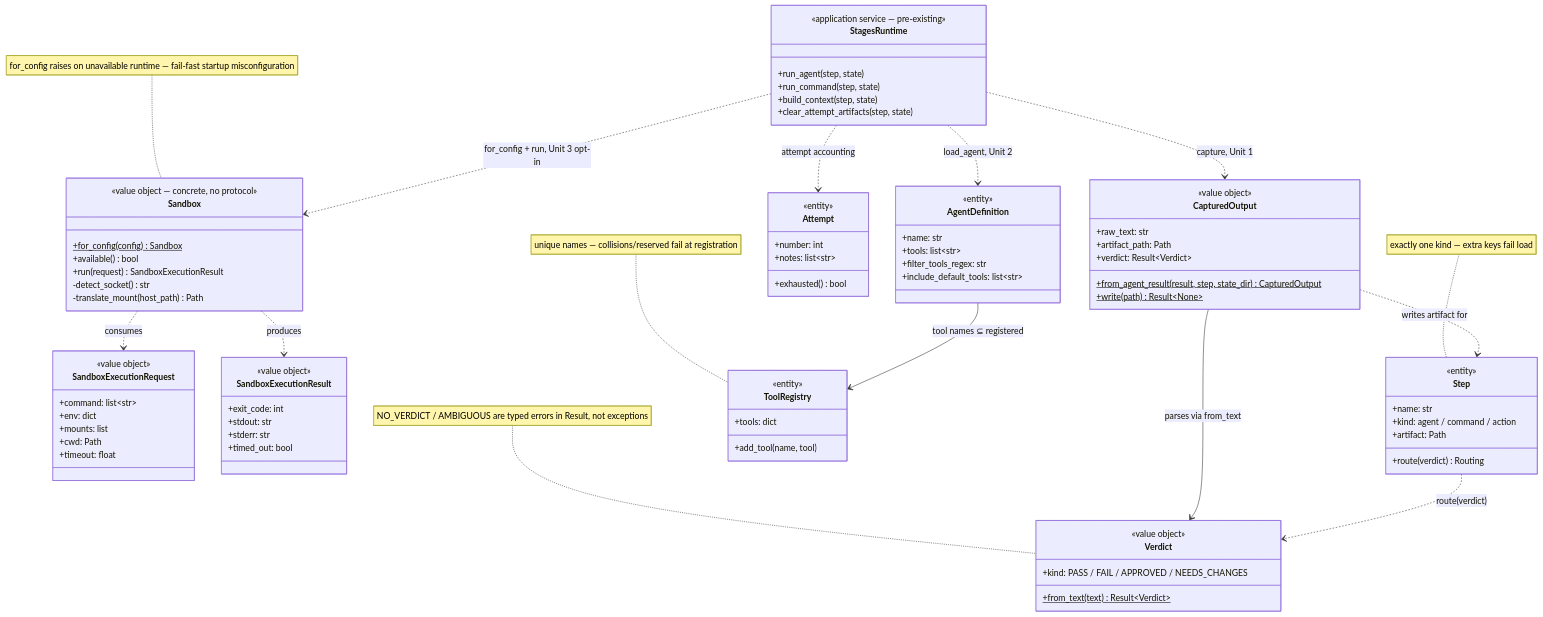
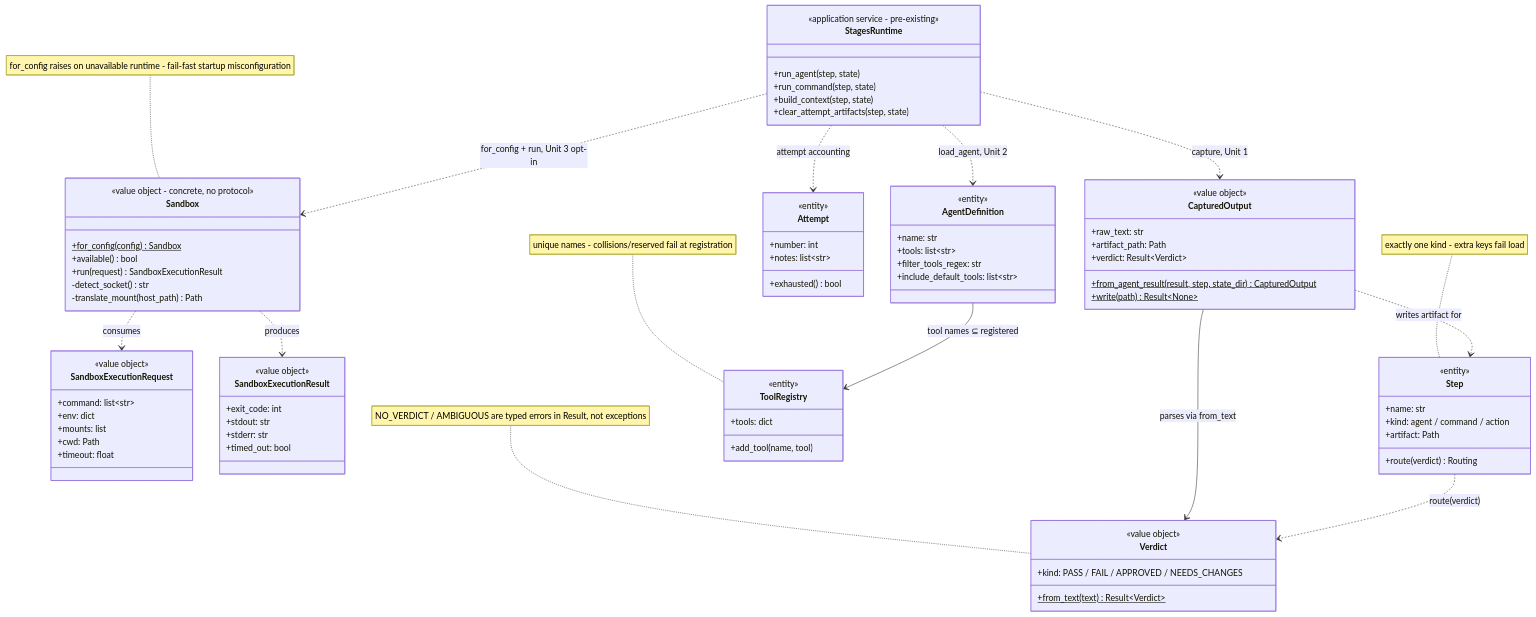
One commit to lukedawilson/agent-engine changed the diagram in aidlc-docs/inception/application-design/application-design.md. Above: the diagram before and after it, drawn with Mermaid. The commit also changed other lines of this file and 191 other files, not shown here.

````diff
--- a/aidlc-docs/inception/application-design/application-design.md
+++ b/aidlc-docs/inception/application-design/application-design.md
@@ -48,7 +48,7 @@
         +write(path)$ Result~None~
     }
     class Sandbox {
-        <<value object — concrete, no protocol>>
+        <<value object - concrete, no protocol>>
         +for_config(config)$ Sandbox
         +available() bool
         +run(request) SandboxExecutionResult
@@ -100,7 +100,7 @@
 
     %% ─── Application service (existing, the only one) ───
     class StagesRuntime {
-        <<application service — pre-existing>>
+        <<application service - pre-existing>>
         +run_agent(step, state)
         +run_command(step, state)
         +build_context(step, state)
@@ -120,8 +120,8 @@
     StagesRuntime ..> Attempt : attempt accounting
 
     %% ─── Invariants ───
-    note for Step "exactly one kind — extra keys fail load"
-    note for ToolRegistry "unique names — collisions/reserved fail at registration"
+    note for Step "exactly one kind - extra keys fail load"
+    note for ToolRegistry "unique names - collisions/reserved fail at registration"
     note for Verdict "NO_VERDICT / AMBIGUOUS are typed errors in Result, not exceptions"
-    note for Sandbox "for_config raises on unavailable runtime — fail-fast startup misconfiguration"
+    note for Sandbox "for_config raises on unavailable runtime - fail-fast startup misconfiguration"
 ```
````
